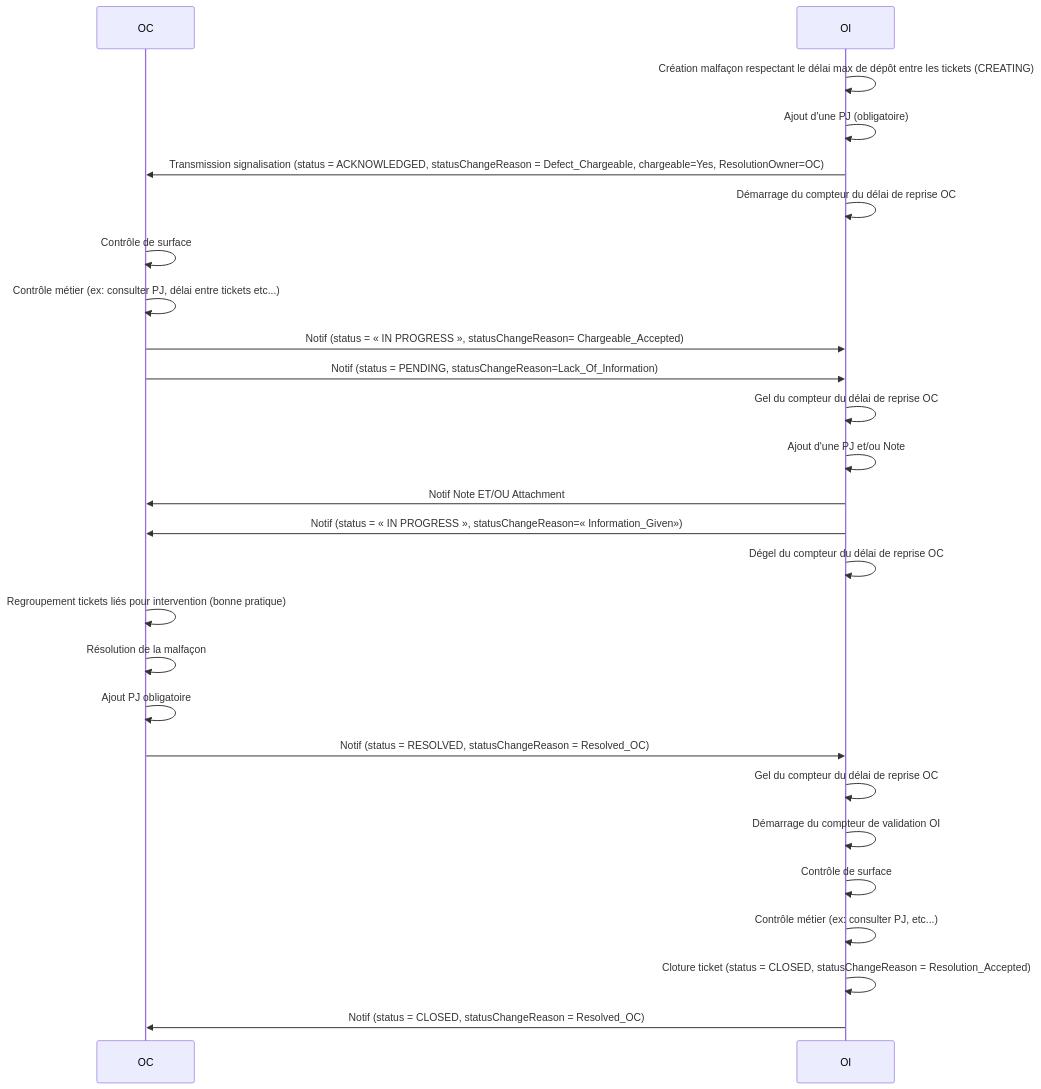
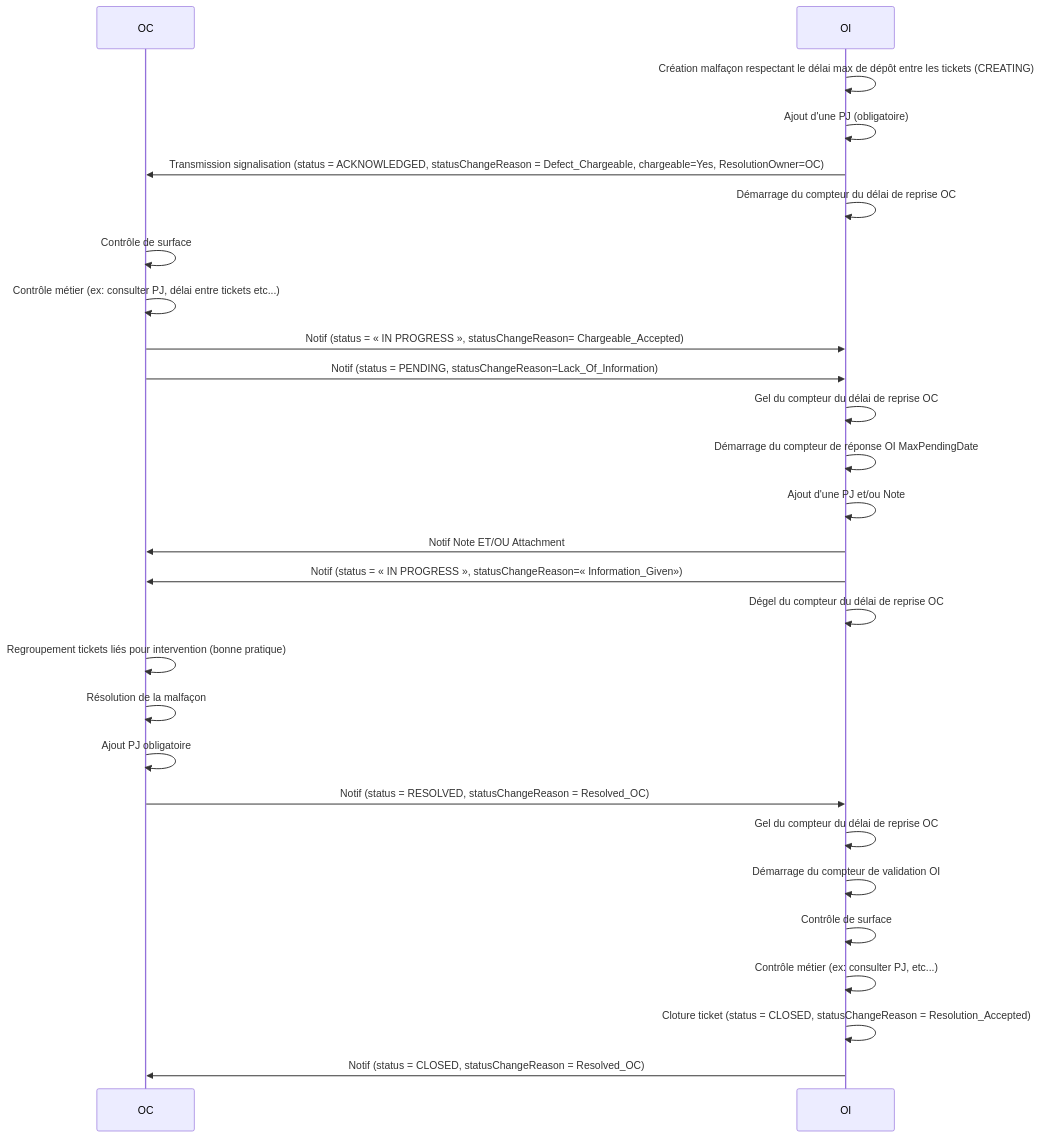
Before and after one commit to before-interop/malfacon: the eighth of 12 diagrams in README.md, drawn with Mermaid. The commit also changed other lines of this file, not shown here.

````diff
--- a/README.md
+++ b/README.md
@@ -483,30 +491,31 @@
 ```mermaid
 sequenceDiagram
 
   participant OC
   participant OI
 
   OI->>OI: Création malfaçon respectant le délai max de dépôt entre les tickets (CREATING)
   OI->>OI: Ajout d'une PJ (obligatoire)
   OI->>OC: Transmission signalisation (status = ACKNOWLEDGED, statusChangeReason = Defect_Chargeable, chargeable=Yes, ResolutionOwner=OC)
   OI->>OI: Démarrage du compteur du délai de reprise OC
   OC->>OC: Contrôle de surface
   OC->>OC: Contrôle métier (ex: consulter PJ, délai entre tickets etc...)
   OC->>OI: Notif (status = « IN PROGRESS », statusChangeReason= Chargeable_Accepted)
   OC->>OI: Notif (status = PENDING, statusChangeReason=Lack_Of_Information)
   OI->>OI: Gel du compteur du délai de reprise OC
+  OI->>OI: Démarrage du compteur de réponse OI MaxPendingDate
   OI->>OI: Ajout d'une PJ et/ou Note
   OI->>OC: Notif Note ET/OU Attachment
   OI->>OC: Notif (status = « IN PROGRESS », statusChangeReason=« Information_Given»)
   OI->>OI: Dégel du compteur du délai de reprise OC
   OC->>OC: Regroupement tickets liés pour intervention (bonne pratique)
   OC->>OC: Résolution de la malfaçon
   OC->>OC: Ajout PJ obligatoire
   OC->>OI: Notif (status = RESOLVED, statusChangeReason = Resolved_OC)
   OI->>OI: Gel du compteur du délai de reprise OC
   OI->>OI: Démarrage du compteur de validation OI
   OI->>OI: Contrôle de surface
   OI->>OI: Contrôle métier (ex: consulter PJ, etc...)
   OI->>OI: Cloture ticket (status = CLOSED, statusChangeReason = Resolution_Accepted)
   OI->>OC: Notif (status = CLOSED, statusChangeReason = Resolved_OC)
 ```
````
